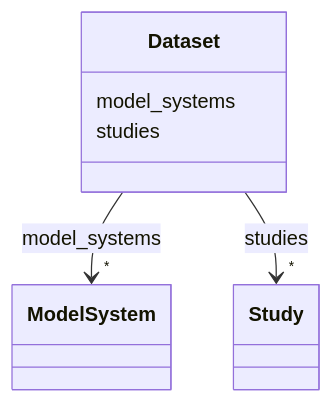
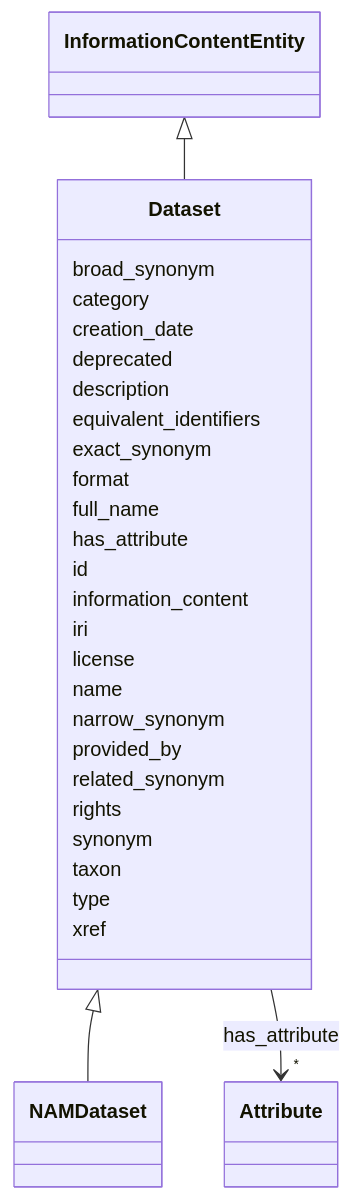
One commit to monarch-initiative/namo changed the diagram in docs/elements/Dataset.md. Above: the diagram before and after it, drawn with Mermaid. The commit also changed other lines of this file and 1232 other files, not shown here.

````diff
--- a/docs/elements/Dataset.md
+++ b/docs/elements/Dataset.md
@@ -13,28 +23,69 @@
 ```mermaid
  classDiagram
     class Dataset
     click Dataset href "../Dataset/"
-      Dataset : model_systems
+      InformationContentEntity <|-- Dataset
+        click InformationContentEntity href "../InformationContentEntity/"
+      
+
+      Dataset <|-- NAMDataset
+        click NAMDataset href "../NAMDataset/"
+      
+
+      Dataset : broad_synonym
+        
+      Dataset : category
+        
+      Dataset : creation_date
+        
+      Dataset : deprecated
+        
+      Dataset : description
+        
+      Dataset : equivalent_identifiers
+        
+      Dataset : exact_synonym
+        
+      Dataset : format
+        
+      Dataset : full_name
+        
+      Dataset : has_attribute
         
           
     
         
         
-        Dataset --> "*" ModelSystem : model_systems
-        click ModelSystem href "../ModelSystem/"
+        Dataset --> "*" Attribute : has_attribute
+        click Attribute href "../Attribute/"
     
 
         
-      Dataset : studies
+      Dataset : id
         
-          
-    
+      Dataset : information_content
         
+      Dataset : iri
         
-        Dataset --> "*" Study : studies
-        click Study href "../Study/"
-    
-
+      Dataset : license
+        
+      Dataset : name
+        
+      Dataset : narrow_synonym
+        
+      Dataset : provided_by
+        
+      Dataset : related_synonym
+        
+      Dataset : rights
+        
+      Dataset : synonym
+        
+      Dataset : taxon
+        
+      Dataset : type
+        
+      Dataset : xref
         
       
 ```
````
